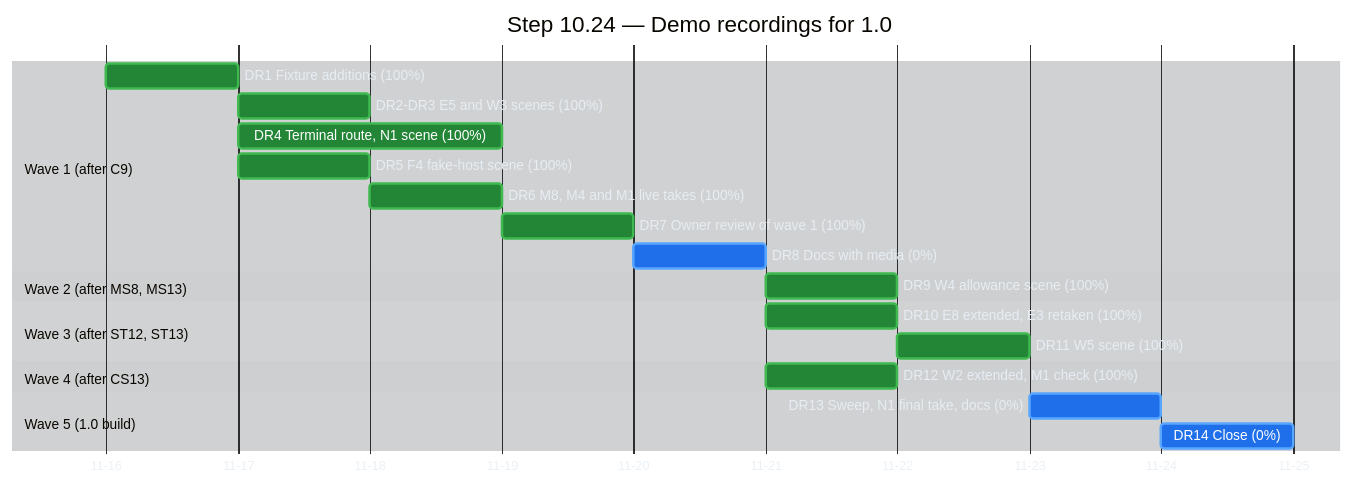
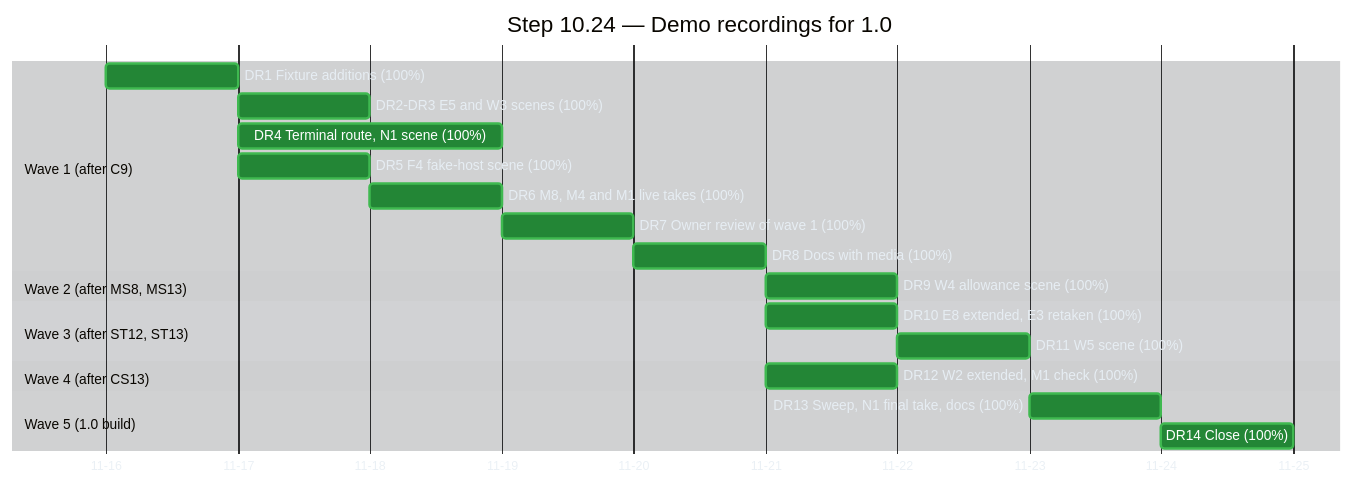
Before and after one commit to raulkivi/agent-cost-analyzer: the third of 6 diagrams in docs/implementation-plan-gantt.md, drawn with Mermaid. The commit also changed other lines of this file and 2 other files, not shown here.

Commit message:
Status: step 10.24 done (DR8, DR13, DR14), D64

````diff
--- a/docs/implementation-plan-gantt.md
+++ b/docs/implementation-plan-gantt.md
@@ -224,57 +224,57 @@
 ```mermaid
 %%{init: {
   "theme": "base",
   "themeVariables": {
     "darkMode": true,
     "background": "#0d1117",
     "textColor": "#e6edf3",
     "primaryTextColor": "#e6edf3",
     "lineColor": "#8b949e",
     "sectionBkgColor": "#161b22",
     "sectionBkgColor2": "#1c2129",
     "altSectionBkgColor": "#0d1117",
     "gridColor": "#30363d",
     "excludeBkgColor": "#161b22",
     "todayLineColor": "#f85149",
     "taskBkgColor": "#1f6feb",
     "taskBorderColor": "#58a6ff",
     "taskTextColor": "#ffffff",
     "taskTextLightColor": "#ffffff",
     "taskTextDarkColor": "#ffffff",
     "taskTextOutsideColor": "#e6edf3",
     "doneTaskBkgColor": "#238636",
     "doneTaskBorderColor": "#3fb950",
     "activeTaskBkgColor": "#9e6a03",
     "activeTaskBorderColor": "#d29922",
     "critBkgColor": "#da3633",
     "critBorderColor": "#f85149"
   }
 }}%%
 gantt
     title Step 10.24 — Demo recordings for 1.0
     dateFormat YYYY-MM-DD
     axisFormat %m-%d
 
     section Wave 1 (after C9)
     DR1 Fixture additions (100%)              :done, d241, 2026-11-16, 1d
     DR2-DR3 E5 and W3 scenes (100%)           :done, d242, after d241, 1d
     DR4 Terminal route, N1 scene (100%)       :done, d244, after d241, 2d
     DR5 F4 fake-host scene (100%)             :done, d245, after d241, 1d
     DR6 M8, M4 and M1 live takes (100%)       :done, d246, after d245, 1d
     DR7 Owner review of wave 1 (100%)         :done, d247, after d244 d246, 1d
-    DR8 Docs with media (0%)                  :d248, after d247, 1d
+    DR8 Docs with media (100%)                :done, d248, after d247, 1d
 
     section Wave 2 (after MS8, MS13)
     DR9 W4 allowance scene (100%)             :done, d249, after d248, 1d
 
     section Wave 3 (after ST12, ST13)
     DR10 E8 extended, E3 retaken (100%)       :done, d2410, after d248, 1d
     DR11 W5 scene (100%)                      :done, d2411, after d2410, 1d
 
     section Wave 4 (after CS13)
     DR12 W2 extended, M1 check (100%)         :done, d2412, after d248, 1d
 
     section Wave 5 (1.0 build)
-    DR13 Sweep, N1 final take, docs (0%)      :d2413, after d249 d2411 d2412, 1d
-    DR14 Close (0%)                           :d2414, after d2413, 1d
+    DR13 Sweep, N1 final take, docs (100%)    :done, d2413, after d249 d2411 d2412, 1d
+    DR14 Close (100%)                         :done, d2414, after d2413, 1d
 ```
````
